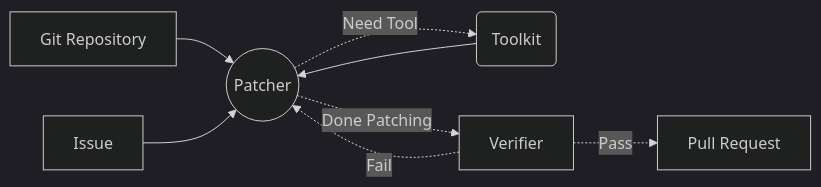
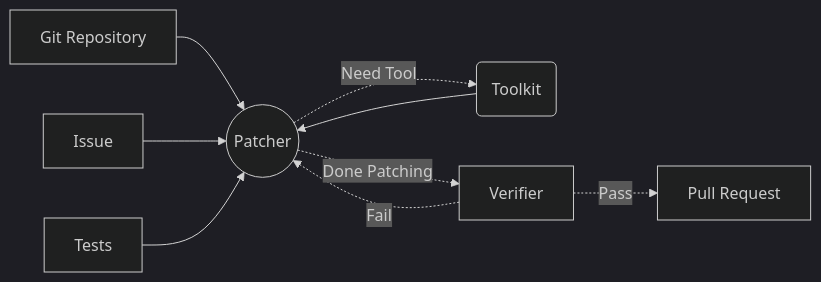
Before and after one commit to MikeRaphK/PAUL: the diagram in README.md, drawn with Mermaid (dark theme). The commit also changed 1 other file, not shown here.

Commit message:
small fix

````diff
--- a/README.md
+++ b/README.md
@@ -90,17 +90,19 @@
 ```mermaid
 flowchart LR
     G[Git Repository]
     I[Issue]
+    T[Tests]
     P((Patcher))
-    T(Toolkit)
+    Tool(Toolkit)
     V[Verifier]
     PR[Pull Request]
 
     G --> P;
     I --> P;
-    P -.->|Need Tool| T;
     T --> P;
+    P -.->|Need Tool| Tool;
+    Tool --> P;
     P -.->|Done Patching| V;
     V -.->|Fail| P;
     V -.->|Pass| PR;
 ```
````
